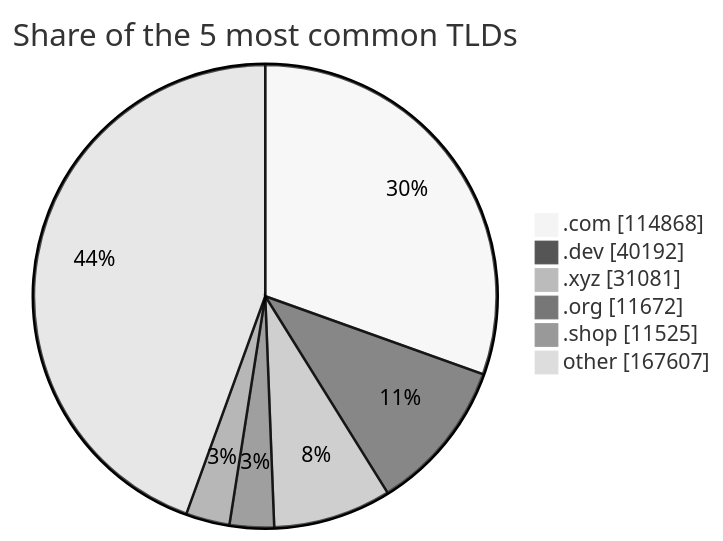
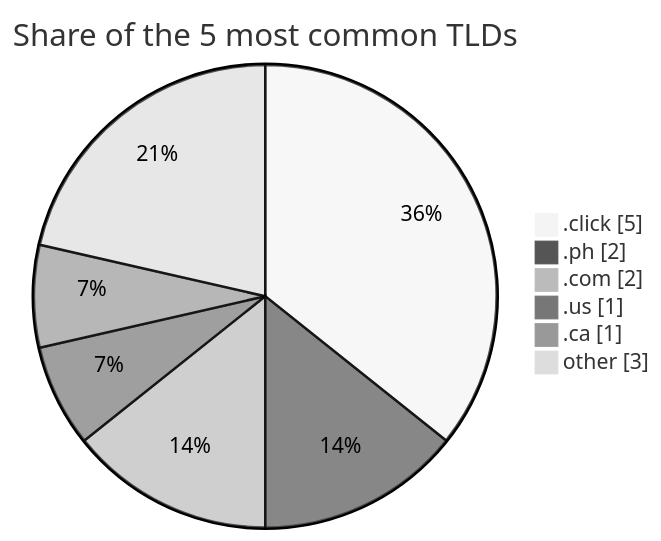
The second of 2 diagrams in README.md (DNSBunker/CTI), drawn with Mermaid (neutral theme) before and after one commit. The commit also changed other lines of this file and 3 other files, not shown here.

````diff
--- a/README.md
+++ b/README.md
@@ -81,9 +65,9 @@
 ```mermaid
 pie showData title Share of the 5 most common TLDs
-    ".com" : 114868
-    ".dev" : 40192
-    ".xyz" : 31081
-    ".org" : 11672
-    ".shop" : 11525
-    "other" : 167607
+    ".click" : 5
+    ".ph" : 2
+    ".com" : 2
+    ".us" : 1
+    ".ca" : 1
+    "other" : 3
 ```
````
